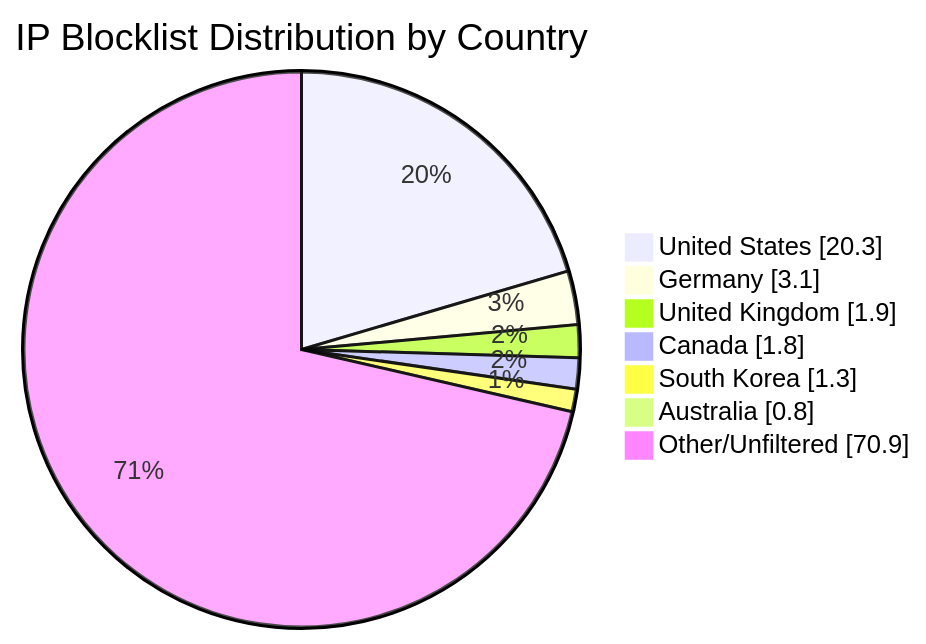
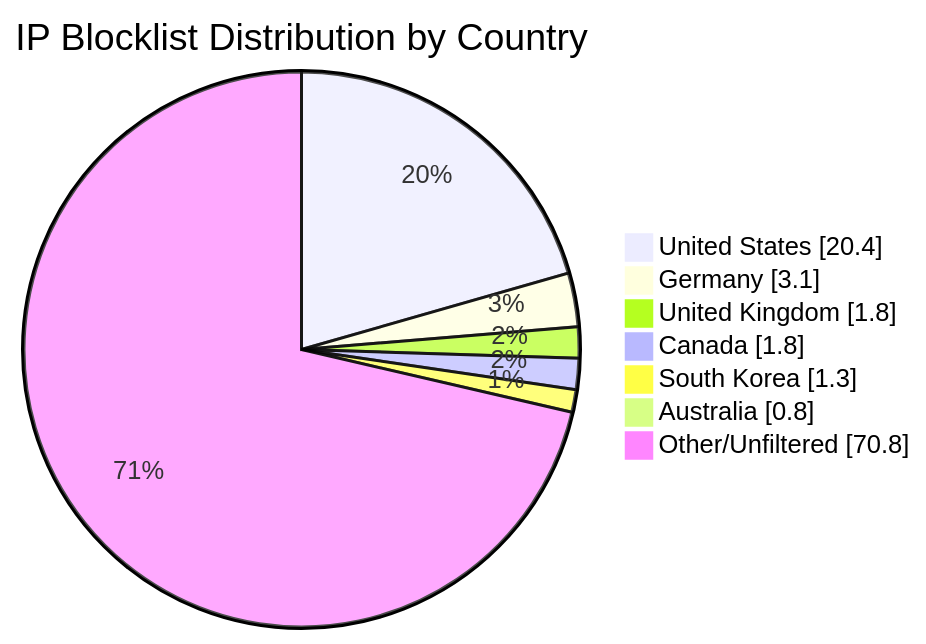
One commit to MarcusHoltz/ipblocklist-geofiltered-aggregator changed the diagram in README.md. Above: the diagram before and after it, drawn with Mermaid. The commit also changed other lines of this file and 9 other files, not shown here.

````diff
--- a/README.md
+++ b/README.md
@@ -34,10 +34,10 @@
 ```mermaid
 pie showData title IP Blocklist Distribution by Country
-"United States" : 20.3
+"United States" : 20.4
 "Germany" : 3.1
-"United Kingdom" : 1.9
+"United Kingdom" : 1.8
 "Canada" : 1.8
 "South Korea" : 1.3
 "Australia" : 0.8
-"Other/Unfiltered" : 70.9
+"Other/Unfiltered" : 70.8
 ```
````
